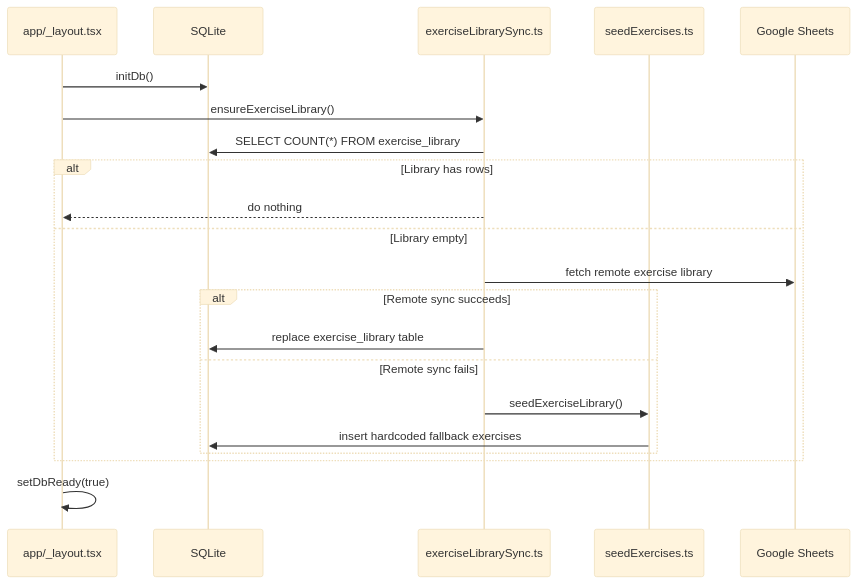
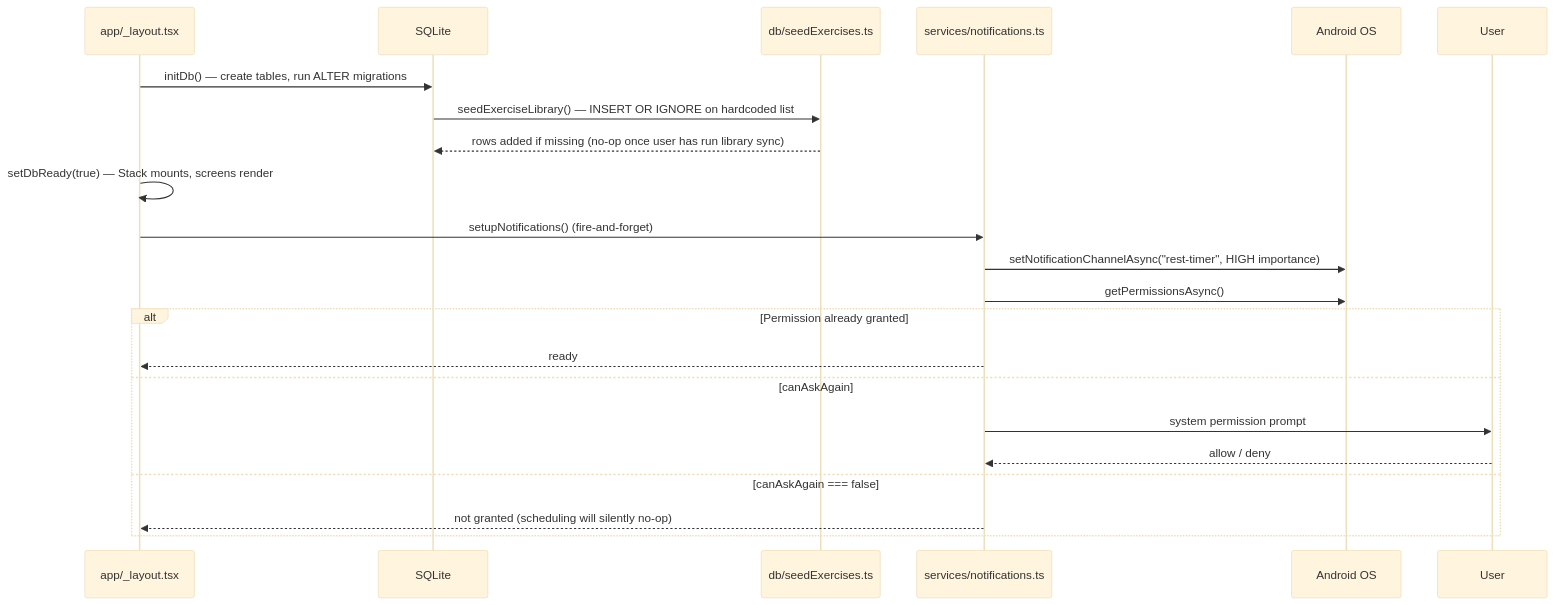
The fourth of 6 diagrams in ARCHITECTURE.md (siddhantagwl/smart-gym-assistant), drawn with Mermaid (base theme) before and after one commit. The commit also changed other lines of this file and 1 other file, not shown here.

Commit message:
docs: update CLAUDE.md and ARCHITECTURE.md for rest notifications + settings refresh

````diff
--- a/ARCHITECTURE.md
+++ b/ARCHITECTURE.md
@@ -441,23 +502,23 @@
 ```mermaid
 sequenceDiagram
   participant App as app/_layout.tsx
   participant DB as SQLite
-  participant SyncService as exerciseLibrarySync.ts
-  participant Seed as seedExercises.ts
-  participant Sheets as Google Sheets
-  App->>DB: initDb()
-  App->>SyncService: ensureExerciseLibrary()
-  SyncService->>DB: SELECT COUNT(*) FROM exercise_library
-  alt Library has rows
-    SyncService-->>App: do nothing
-  else Library empty
-    SyncService->>Sheets: fetch remote exercise library
-    alt Remote sync succeeds
-      SyncService->>DB: replace exercise_library table
-    else Remote sync fails
-      SyncService->>Seed: seedExerciseLibrary()
-      Seed->>DB: insert hardcoded fallback exercises
-    end
+  participant Seed as db/seedExercises.ts
+  participant Notif as services/notifications.ts
+  participant OS as Android OS
+  App->>DB: initDb() — create tables, run ALTER migrations
+  DB->>Seed: seedExerciseLibrary() — INSERT OR IGNORE on hardcoded list
+  Seed-->>DB: rows added if missing (no-op once user has run library sync)
+  App->>App: setDbReady(true) — Stack mounts, screens render
+  App->>Notif: setupNotifications() (fire-and-forget)
+  Notif->>OS: setNotificationChannelAsync("rest-timer", HIGH importance)
+  Notif->>OS: getPermissionsAsync()
+  alt Permission already granted
+    Notif-->>App: ready
+  else canAskAgain
+    Notif->>User: system permission prompt
+    User-->>Notif: allow / deny
+  else canAskAgain === false
+    Notif-->>App: not granted (scheduling will silently no-op)
   end
-  App->>App: setDbReady(true)
 ```
````
